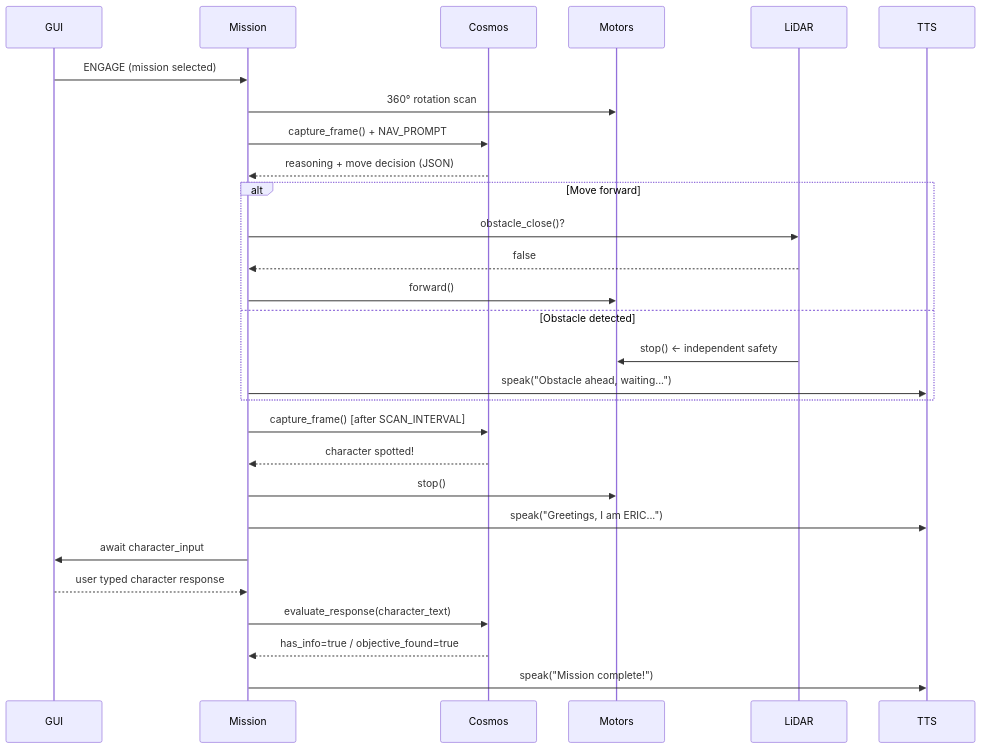
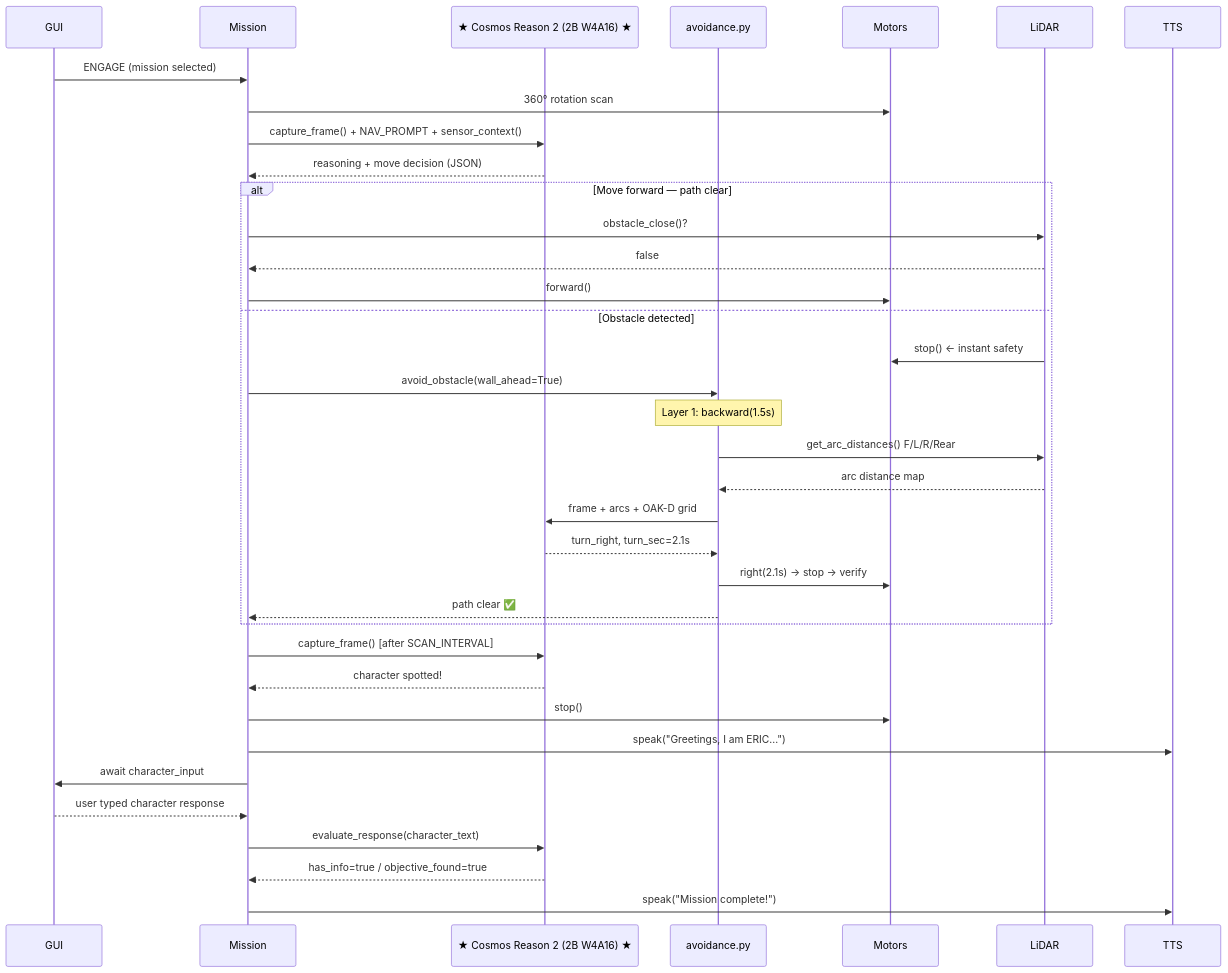
The sixth of 8 diagrams in README.md (OppaAI/eric), drawn with Mermaid before and after one commit. The commit also changed other lines of this file and 3 other files, not shown here.

Commit message:
Add obstacle avoidance algorithm for Cosmos Reason 2 to decide what to do next

````diff
--- a/README.md
+++ b/README.md
@@ -166,33 +235,41 @@
 ```mermaid
 sequenceDiagram
     participant GUI
     participant Mission
-    participant Cosmos
+    participant Cosmos as ★ Cosmos Reason 2 (2B W4A16) ★
+    participant Avoidance as avoidance.py
     participant Motors
     participant LiDAR
     participant TTS
 
     GUI->>Mission: ENGAGE (mission selected)
     Mission->>Motors: 360° rotation scan
-    Mission->>Cosmos: capture_frame() + NAV_PROMPT
+    Mission->>Cosmos: capture_frame() + NAV_PROMPT + sensor_context()
     Cosmos-->>Mission: reasoning + move decision (JSON)
 
-    alt Move forward
+    alt Move forward — path clear
         Mission->>LiDAR: obstacle_close()?
         LiDAR-->>Mission: false
         Mission->>Motors: forward()
     else Obstacle detected
-        LiDAR->>Motors: stop() ← independent safety
-        Mission->>TTS: speak("Obstacle ahead, waiting...")
+        LiDAR->>Motors: stop() ← instant safety
+        Mission->>Avoidance: avoid_obstacle(wall_ahead=True)
+        Note over Avoidance: Layer 1: backward(1.5s)
+        Avoidance->>LiDAR: get_arc_distances() F/L/R/Rear
+        LiDAR-->>Avoidance: arc distance map
+        Avoidance->>Cosmos: frame + arcs + OAK-D grid
+        Cosmos-->>Avoidance: turn_right, turn_sec=2.1s
+        Avoidance->>Motors: right(2.1s) → stop → verify
+        Avoidance-->>Mission: path clear ✅
     end
 
     Mission->>Cosmos: capture_frame() [after SCAN_INTERVAL]
     Cosmos-->>Mission: character spotted!
     Mission->>Motors: stop()
     Mission->>TTS: speak("Greetings, I am ERIC...")
     Mission->>GUI: await character_input
     GUI-->>Mission: user typed character response
     Mission->>Cosmos: evaluate_response(character_text)
     Cosmos-->>Mission: has_info=true / objective_found=true
     Mission->>TTS: speak("Mission complete!")
 ```
````
